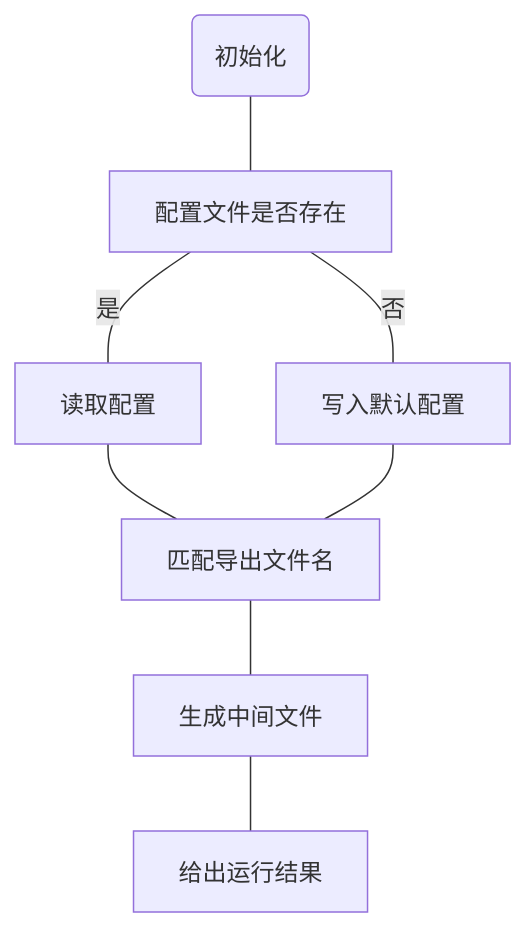
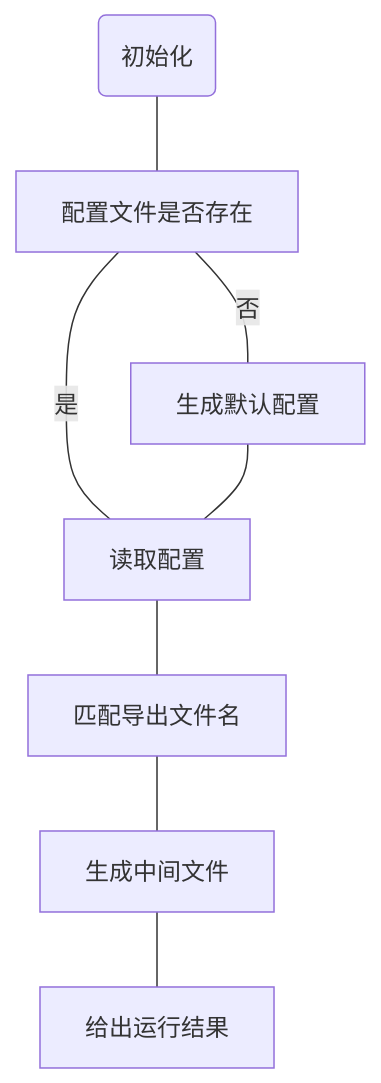
Before and after one commit to thianda/tools-ip-contrast: the diagram in ip-contrast/README.md, drawn with Mermaid. The commit also changed other lines of this file and 2 other files, not shown here.

````diff
--- a/ip-contrast/README.md
+++ b/ip-contrast/README.md
@@ -53,10 +53,10 @@
 ```mermaid
 graph TD
 Init(初始化)---A[配置文件是否存在]
-A---|是|B1[读取配置]
-A---|否|B2[写入默认配置]
-B1---C[匹配导出文件名]
-B2---C
-C---D[生成中间文件]
-D---End[给出运行结果]
+A---|否|B[生成默认配置]
+A---|是|C[读取配置]
+B---C
+C---D[匹配导出文件名]
+D---E[生成中间文件]
+E---End[给出运行结果]
 ```
````
